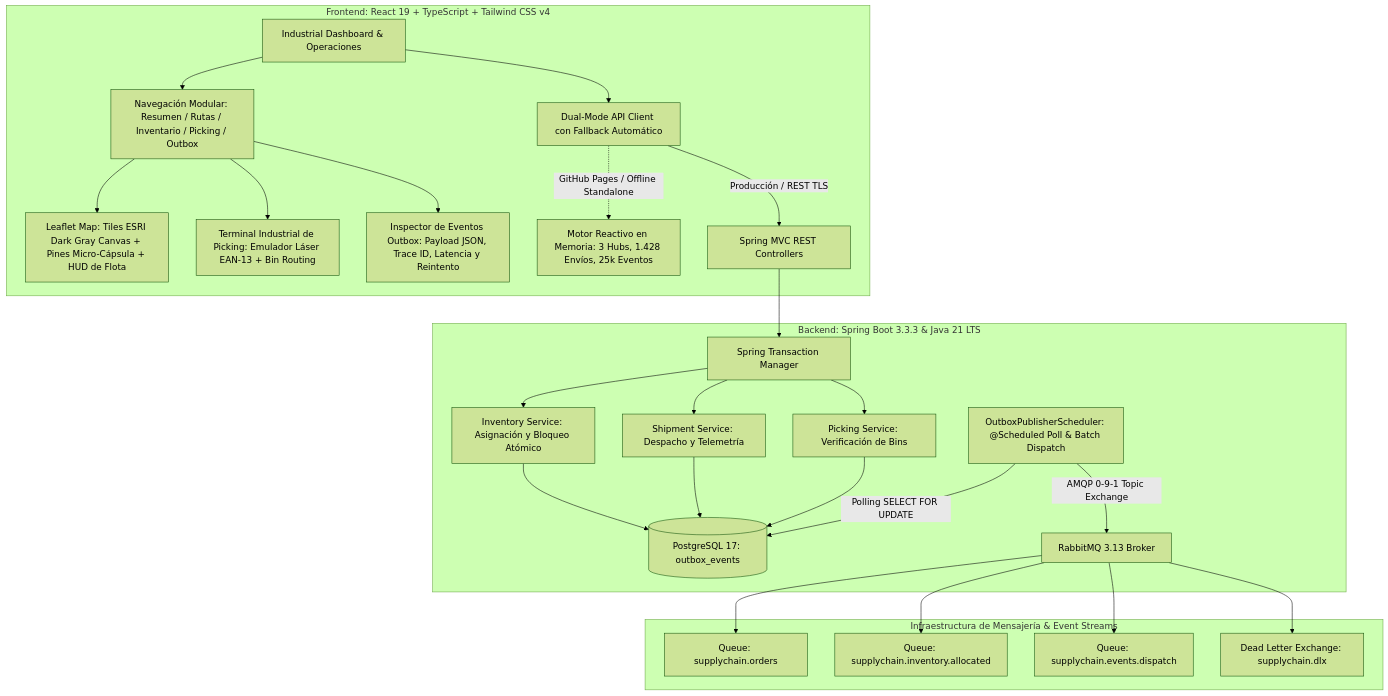
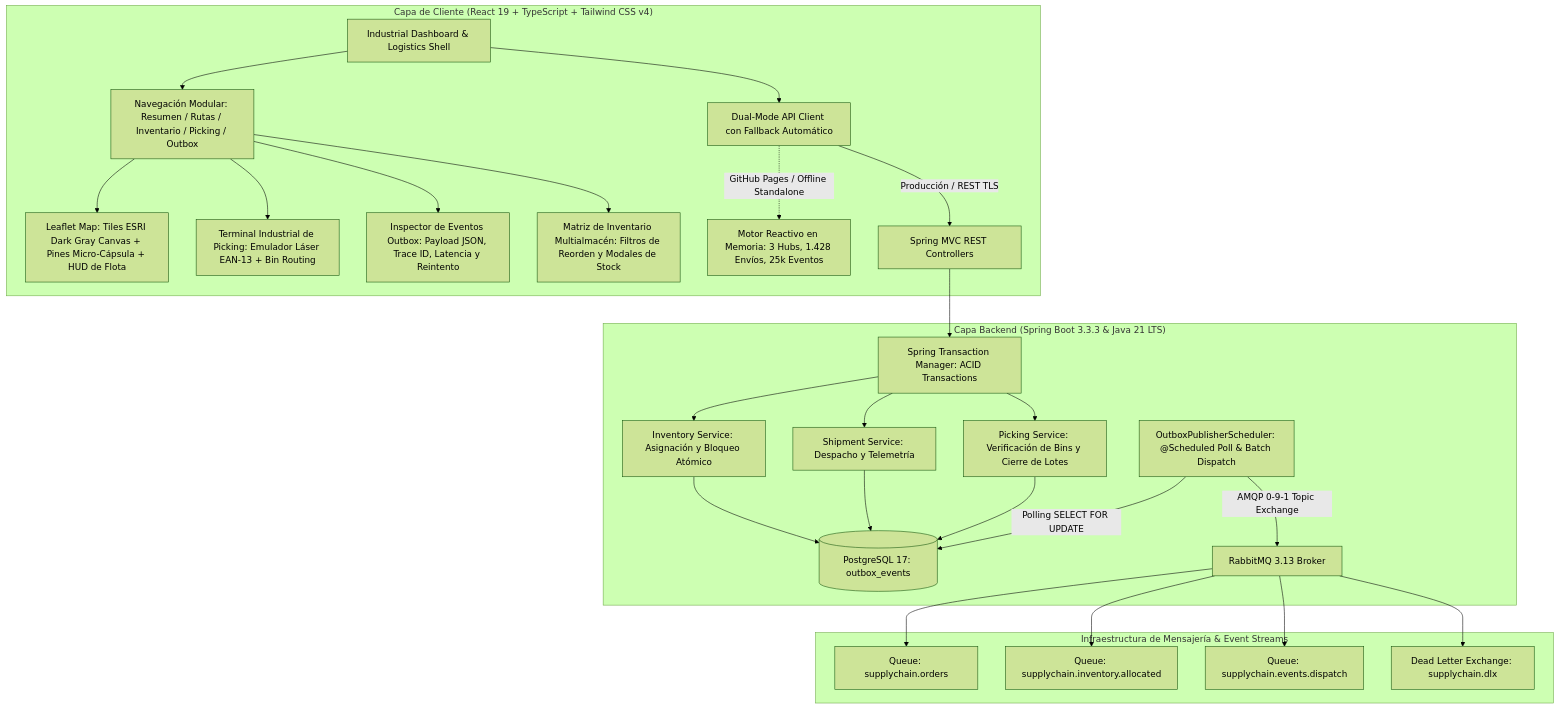
Before and after one commit to alxnrocha/java-fullstack-enterprise: the first of 2 diagrams in README.md, drawn with Mermaid (forest theme). The commit also changed other lines of this file, not shown here.

Commit message:
docs: enrich executive Spanish README with ERD diagram, mathematical invariants, API endpoints catalog, and test summary

````diff
--- a/README.md
+++ b/README.md
@@ -28,33 +28,34 @@
 ```mermaid
 graph TD
-    subgraph ClientLayer ["Frontend: React 19 + TypeScript + Tailwind CSS v4"]
-        UI[Industrial Dashboard & Operaciones] --> Nav[Navegación Modular: Resumen / Rutas / Inventario / Picking / Outbox]
+    subgraph ClientLayer ["Capa de Cliente (React 19 + TypeScript + Tailwind CSS v4)"]
+        UI[Industrial Dashboard & Logistics Shell] --> Nav[Navegación Modular: Resumen / Rutas / Inventario / Picking / Outbox]
         Nav --> MapComp[Leaflet Map: Tiles ESRI Dark Gray Canvas + Pines Micro-Cápsula + HUD de Flota]
         Nav --> PickTerminal[Terminal Industrial de Picking: Emulador Láser EAN-13 + Bin Routing]
         Nav --> OutboxViewer[Inspector de Eventos Outbox: Payload JSON, Trace ID, Latencia y Reintento]
+        Nav --> InvMatrix[Matriz de Inventario Multialmacén: Filtros de Reorden y Modales de Stock]
         UI --> ClientAPI[Dual-Mode API Client con Fallback Automático]
         ClientAPI -.->|GitHub Pages / Offline Standalone| MockEngine[Motor Reactivo en Memoria: 3 Hubs, 1.428 Envíos, 25k Eventos]
         ClientAPI -->|Producción / REST TLS| SpringBootAPI
     end
 
-    subgraph BackendLayer ["Backend: Spring Boot 3.3.3 & Java 21 LTS"]
-        SpringBootAPI[Spring MVC REST Controllers] --> TransManager[Spring Transaction Manager]
+    subgraph BackendLayer ["Capa Backend (Spring Boot 3.3.3 & Java 21 LTS)"]
+        SpringBootAPI[Spring MVC REST Controllers] --> TransManager[Spring Transaction Manager: ACID Transactions]
         TransManager --> InvService[Inventory Service: Asignación y Bloqueo Atómico]
         TransManager --> ShipService[Shipment Service: Despacho y Telemetría]
-        TransManager --> PickService[Picking Service: Verificación de Bins]
+        TransManager --> PickService[Picking Service: Verificación de Bins y Cierre de Lotes]
         
         InvService --> OutboxRepo[(PostgreSQL 17: outbox_events)]
         ShipService --> OutboxRepo
         PickService --> OutboxRepo
 
         OutboxPublisher[OutboxPublisherScheduler: @Scheduled Poll & Batch Dispatch] -->|Polling SELECT FOR UPDATE| OutboxRepo
         OutboxPublisher -->|AMQP 0-9-1 Topic Exchange| RabbitMQBroker[RabbitMQ 3.13 Broker]
     end
 
     subgraph MessagingLayer ["Infraestructura de Mensajería & Event Streams"]
         RabbitMQBroker --> OrdersQ[Queue: supplychain.orders]
         RabbitMQBroker --> InvAllocQ[Queue: supplychain.inventory.allocated]
         RabbitMQBroker --> DispatchQ[Queue: supplychain.events.dispatch]
         RabbitMQBroker --> DLQ[Dead Letter Exchange: supplychain.dlx]
     end
 ```
````
